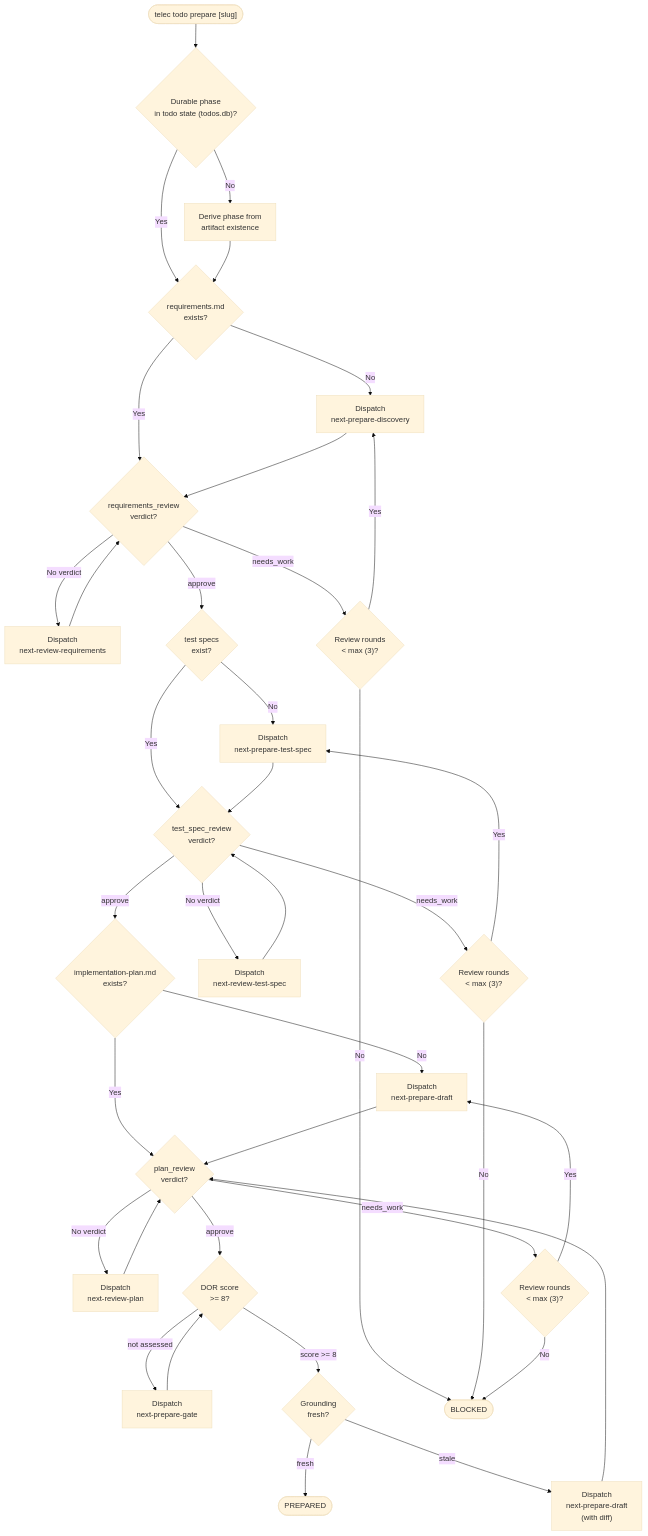
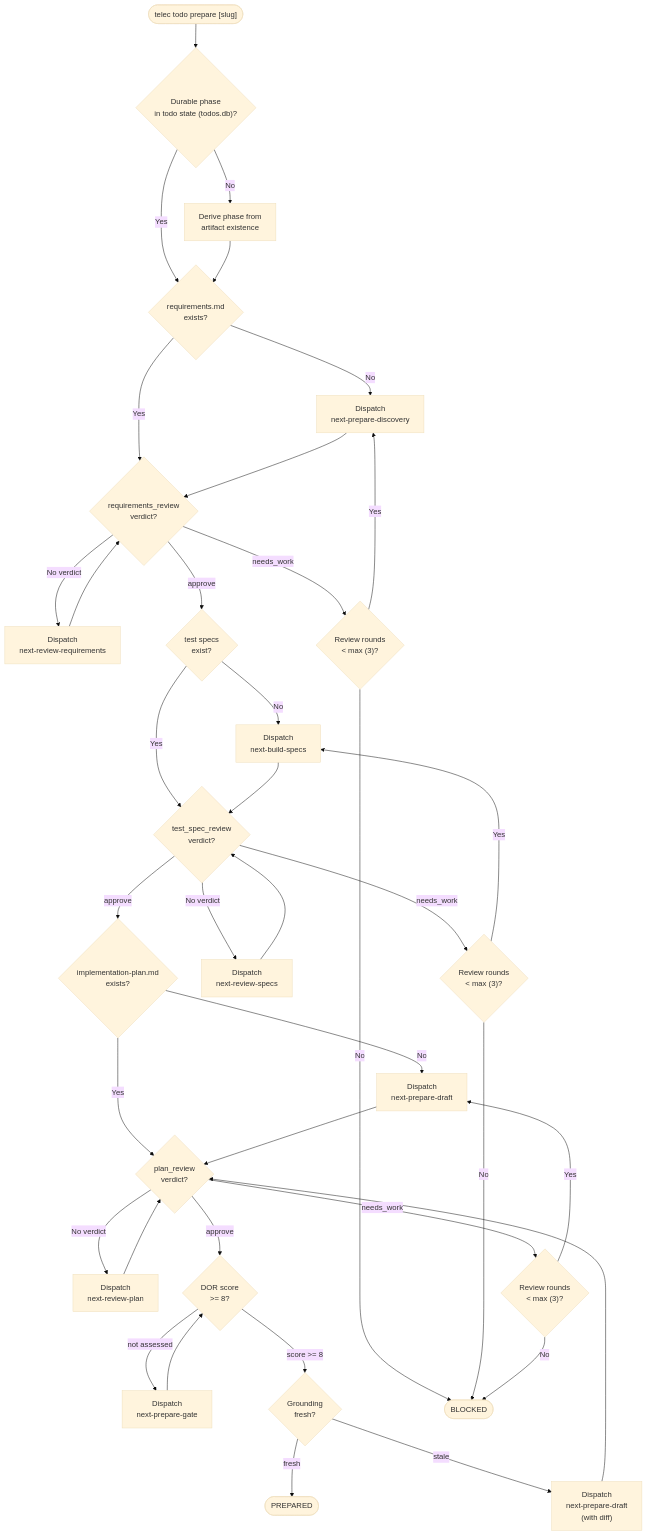
The second of 4 diagrams in docs/project/design/architecture/prepare-state-machine.md (InstruktAI/TeleClaude), drawn with Mermaid (base theme) before and after one commit. The commit also changed other lines of this file and 3 other files, not shown here.

First line of the commit message:
fix(prepare): address review findings on c9fff0e66

```diff
--- a/docs/project/design/architecture/prepare-state-machine.md
+++ b/docs/project/design/architecture/prepare-state-machine.md
@@ -181,9 +181,9 @@
     CheckRounds1 -->|"No"| Blocked
 
     TestSpecExists{"test specs<br/>exist?"}
-    DispatchTestSpec["Dispatch<br/>next-prepare-test-spec"]
+    DispatchTestSpec["Dispatch<br/>next-build-specs"]
     TestSpecReview{"test_spec_review<br/>verdict?"}
-    DispatchTestSpecReview["Dispatch<br/>next-review-test-spec"]
+    DispatchTestSpecReview["Dispatch<br/>next-review-specs"]
     CheckRoundsTS{"Review rounds<br/>< max (3)?"}
 
     TestSpecExists -->|"No"| DispatchTestSpec
```
